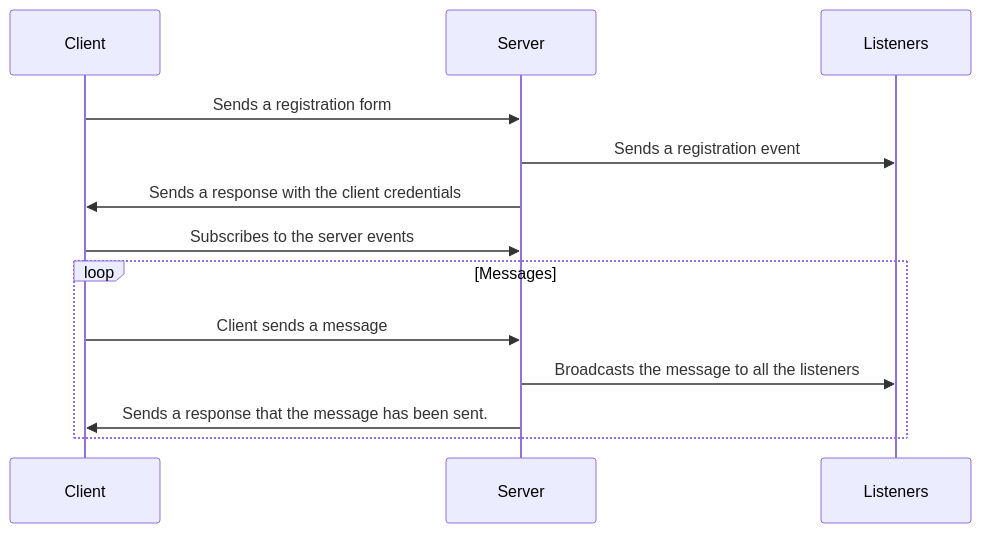
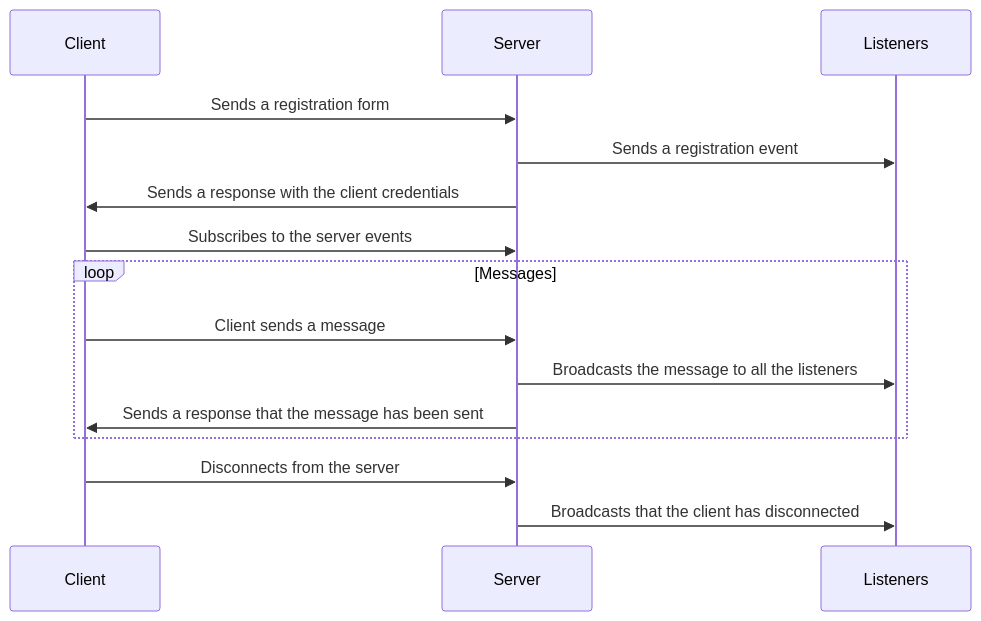
Before and after one commit to asynched/server-sent-events-chat: the diagram in README.md, drawn with Mermaid. The commit also changed other lines of this file, not shown here.

Commit message:
docs: add references and update diagram

````diff
--- a/README.md
+++ b/README.md
@@ -18,15 +18,17 @@
 ```mermaid
 sequenceDiagram
     participant Client
     participant Server
     participant Listeners
     Client ->> Server: Sends a registration form
     Server ->> Listeners: Sends a registration event
     Server ->> Client: Sends a response with the client credentials
     Client ->> Server: Subscribes to the server events
     loop Messages
         Client ->> Server: Client sends a message
         Server ->> Listeners: Broadcasts the message to all the listeners
-        Server ->> Client: Sends a response that the message has been sent.
+        Server ->> Client: Sends a response that the message has been sent
     end
+    Client ->> Server: Disconnects from the server
+    Server ->> Listeners: Broadcasts that the client has disconnected
 ```
````
